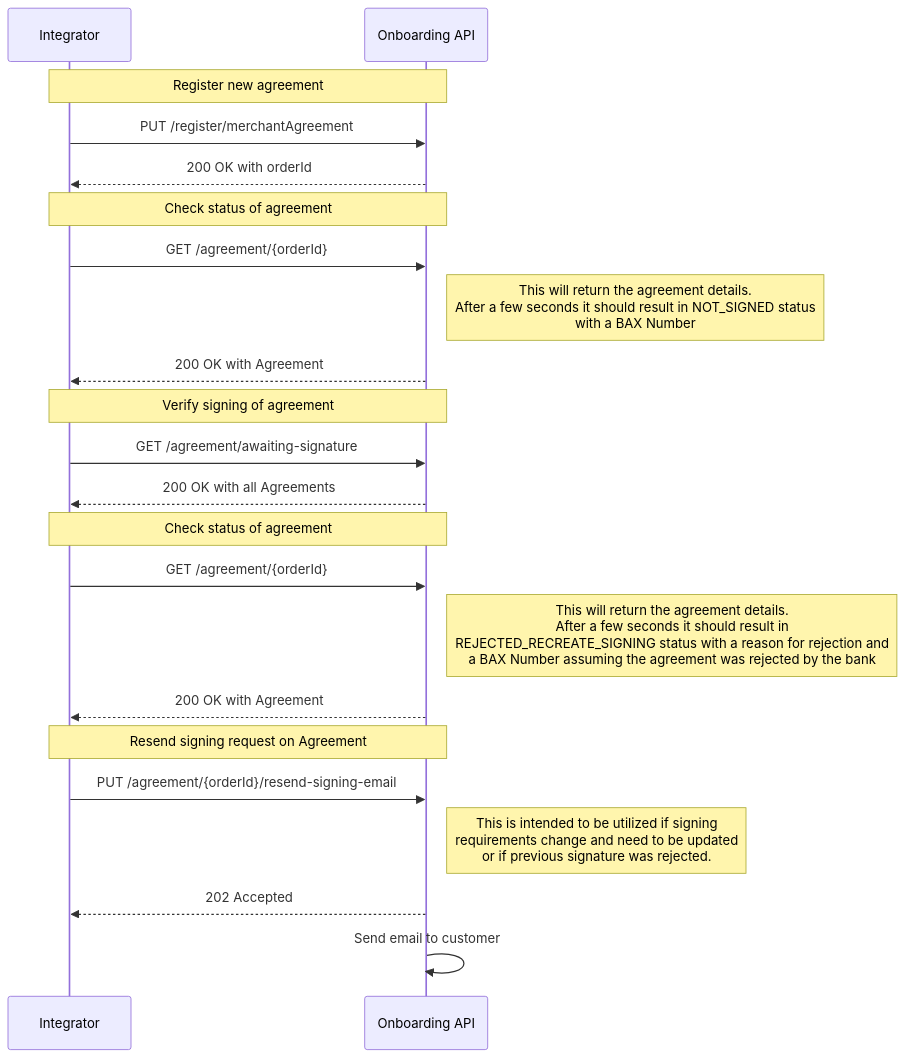
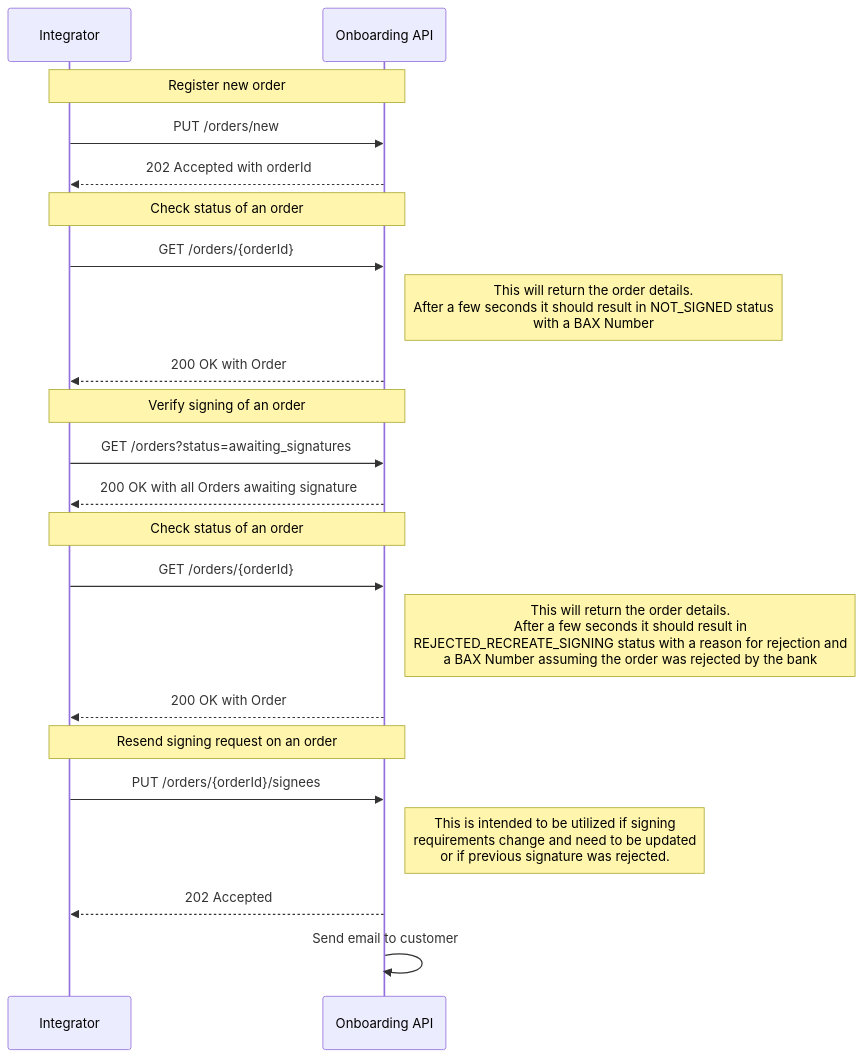
Before and after one commit to BankAxept/bankaxept-onboarding-external-documentation: the second of 2 diagrams in docs/prod_flows.md, drawn with Mermaid. The commit also changed other lines of this file and 3 other files, not shown here.

````diff
--- a/docs/prod_flows.md
+++ b/docs/prod_flows.md
@@ -31,30 +31,30 @@
 ```mermaid
 sequenceDiagram
 participant I as Integrator
 participant O as Onboarding API
 
-note over I, O: Register new agreement
-I ->> O: PUT /register/merchantAgreement
-O -->> I: 200 OK with orderId
+note over I, O: Register new order
+I ->> O: PUT /orders/new
+O -->> I: 202 Accepted with orderId
 
-note over I, O: Check status of agreement
-I ->> O : GET /agreement/{orderId}
-note right of O: This will return the agreement details. <br/> After a few seconds it should result in NOT_SIGNED status <br/> with a BAX Number
-O -->> I: 200 OK with Agreement
+note over I, O: Check status of an order
+I ->> O : GET /orders/{orderId}
+note right of O: This will return the order details. <br/> After a few seconds it should result in NOT_SIGNED status <br/> with a BAX Number
+O -->> I: 200 OK with Order
 
-note over I, O: Verify signing of agreement
-I ->> O: GET /agreement/awaiting-signature
-O -->> I: 200 OK with all Agreements
+note over I, O: Verify signing of an order
+I ->> O: GET /orders?status=awaiting_signatures
+O -->> I: 200 OK with all Orders awaiting signature
 
-note over I, O: Check status of agreement
-I ->> O : GET /agreement/{orderId}
-note right of O: This will return the agreement details. <br/> After a few seconds it should result in <br/> REJECTED_RECREATE_SIGNING status with a reason for rejection and <br/> a BAX Number assuming the agreement was rejected by the bank
-O -->> I: 200 OK with Agreement
+note over I, O: Check status of an order
+I ->> O : GET /orders/{orderId}
+note right of O: This will return the order details. <br/> After a few seconds it should result in <br/> REJECTED_RECREATE_SIGNING status with a reason for rejection and <br/> a BAX Number assuming the order was rejected by the bank
+O -->> I: 200 OK with Order
 
-note over I, O: Resend signing request on Agreement
-I ->> O: PUT /agreement/{orderId}/resend-signing-email
+note over I, O: Resend signing request on an order
+I ->> O: PUT /orders/{orderId}/signees
 note right of O: This is intended to be utilized if signing <br/> requirements change and need to be updated <br/> or if previous signature was rejected.
 
 O -->> I: 202 Accepted
 O ->> O: Send email to customer
 ```
````
